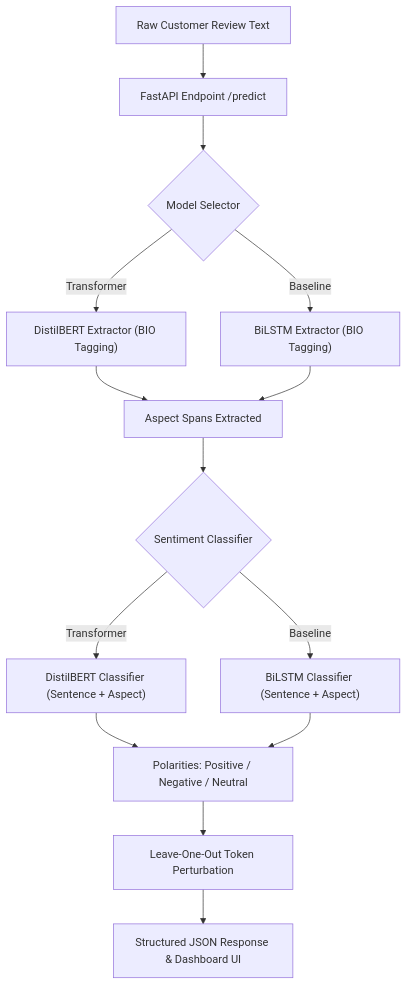
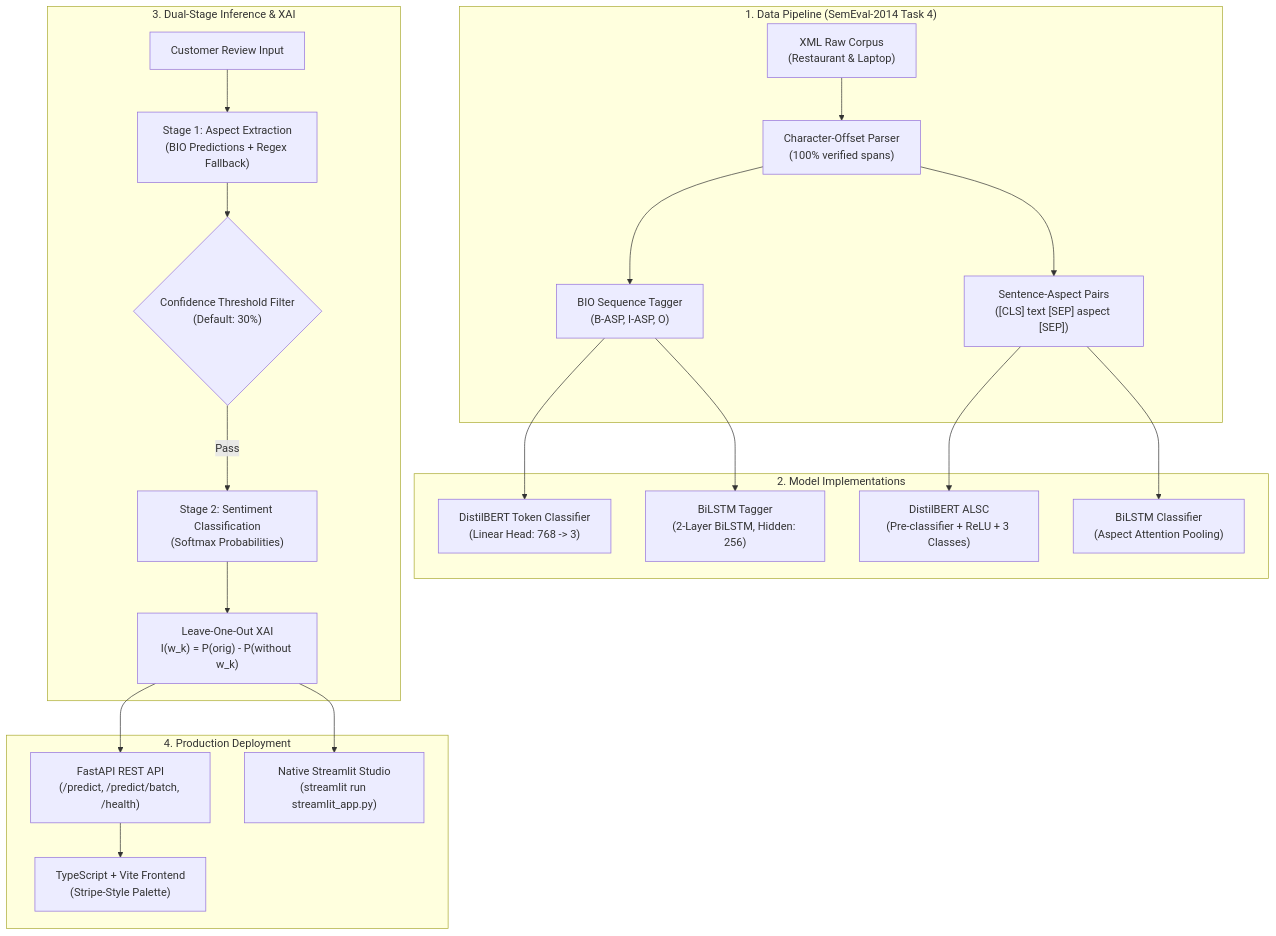
Before and after one commit to Cosmic-Sangam/aspectra-absa-nlp-capstone: the diagram in README.md, drawn with Mermaid. The commit also changed other lines of this file and 14 other files, not shown here.

Commit message:
Add production Streamlit studio, academic report, and optimized README

````diff
--- a/README.md
+++ b/README.md
@@ -11,16 +57,28 @@
 ```mermaid
 flowchart TD
-    A["Raw Customer Review Text"] --> B["FastAPI Endpoint /predict"]
-    B --> C{"Model Selector"}
-    C -->|Transformer| D["DistilBERT Extractor (BIO Tagging)"]
-    C -->|Baseline| E["BiLSTM Extractor (BIO Tagging)"]
-    D --> F["Aspect Spans Extracted"]
-    E --> F
-    F --> G{"Sentiment Classifier"}
-    G -->|Transformer| H["DistilBERT Classifier (Sentence + Aspect)"]
-    G -->|Baseline| I["BiLSTM Classifier (Sentence + Aspect)"]
-    H --> J["Polarities: Positive / Negative / Neutral"]
-    I --> J
-    J --> K["Leave-One-Out Token Perturbation"]
-    K --> L["Structured JSON Response & Dashboard UI"]
+    subgraph DataPrep["1. Data Pipeline (SemEval-2014 Task 4)"]
+        RawData["XML Raw Corpus\n(Restaurant & Laptop)"] --> XMLParser["Character-Offset Parser\n(100% verified spans)"]
+        XMLParser --> BIOTagger["BIO Sequence Tagger\n(B-ASP, I-ASP, O)"]
+        XMLParser --> ALSCPrep["Sentence-Aspect Pairs\n([CLS] text [SEP] aspect [SEP])"]
+    end
+
+    subgraph Modeling["2. Model Implementations"]
+        BIOTagger --> ExtractorDistil["DistilBERT Token Classifier\n(Linear Head: 768 -> 3)"]
+        BIOTagger --> ExtractorBiLSTM["BiLSTM Tagger\n(2-Layer BiLSTM, Hidden: 256)"]
+        ALSCPrep --> ClassifierDistil["DistilBERT ALSC\n(Pre-classifier + ReLU + 3 Classes)"]
+        ALSCPrep --> ClassifierBiLSTM["BiLSTM Classifier\n(Aspect Attention Pooling)"]
+    end
+
+    subgraph InferenceEngine["3. Dual-Stage Inference & XAI"]
+        UserReview["Customer Review Input"] --> ATE["Stage 1: Aspect Extraction\n(BIO Predictions + Regex Fallback)"]
+        ATE --> ConfSlider{"Confidence Threshold Filter\n(Default: 30%)"}
+        ConfSlider -->|Pass| ALSC["Stage 2: Sentiment Classification\n(Softmax Probabilities)"]
+        ALSC --> LOO["Leave-One-Out XAI\nI(w_k) = P(orig) - P(without w_k)"]
+    end
+
+    subgraph Delivery["4. Production Deployment"]
+        LOO --> FastAPIApp["FastAPI REST API\n(/predict, /predict/batch, /health)"]
+        FastAPIApp --> TypeScriptUI["TypeScript + Vite Frontend\n(Stripe-Style Palette)"]
+        LOO --> StreamlitApp["Native Streamlit Studio\n(streamlit run streamlit_app.py)"]
+    end
 ```
````
